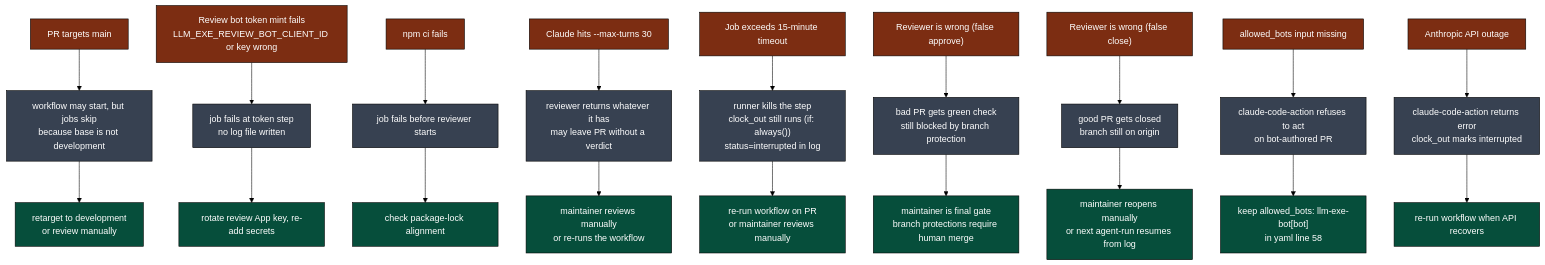
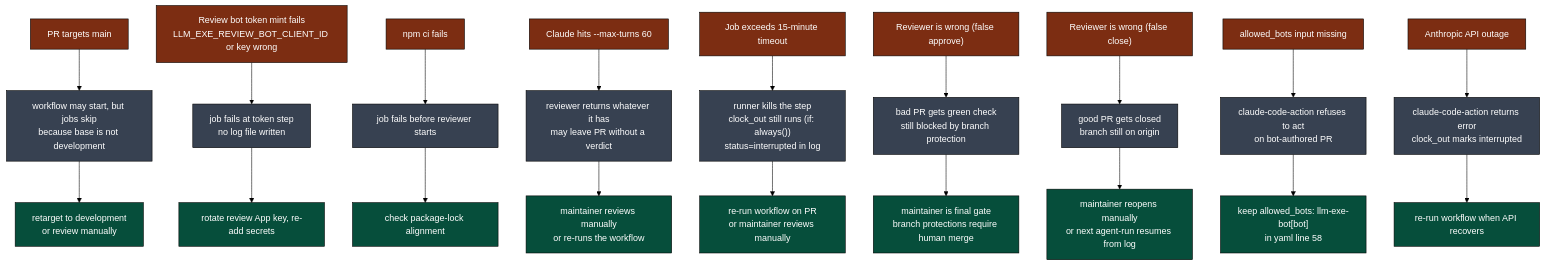
One commit to llm-exe/llm-exe changed diagram 11 of 12 in .github/docs/AGENT_REVIEW_PR_DEEP_DIVE.md. Above: the diagram before and after it, drawn with Mermaid (forest theme). The commit also changed other lines of this file and 3 other files, not shown here.

````diff
--- a/.github/docs/AGENT_REVIEW_PR_DEEP_DIVE.md
+++ b/.github/docs/AGENT_REVIEW_PR_DEEP_DIVE.md
@@ -535,50 +535,50 @@
 ```mermaid
 flowchart TB
     classDef fail fill:#7c2d12,color:#fff,stroke:#000
     classDef effect fill:#374151,color:#fff,stroke:#000
     classDef fix fill:#064e3b,color:#fff,stroke:#000
 
     F1["PR targets main"]:::fail
     F1 --> F1E["workflow may start, but jobs skip\nbecause base is not development"]:::effect
     F1E --> F1X["retarget to development\nor review manually"]:::fix
 
     F2["Review bot token mint fails\nLLM_EXE_REVIEW_BOT_CLIENT_ID or key wrong"]:::fail
     F2 --> F2E["job fails at token step\nno log file written"]:::effect
     F2X["rotate review App key, re-add secrets"]:::fix
     F2E --> F2X
 
     F3["npm ci fails"]:::fail
     F3 --> F3E["job fails before reviewer starts"]:::effect
     F3X["check package-lock alignment"]:::fix
     F3E --> F3X
 
-    F4["Claude hits --max-turns 30"]:::fail
+    F4["Claude hits --max-turns 60"]:::fail
     F4 --> F4E["reviewer returns whatever it has\nmay leave PR without a verdict"]:::effect
     F4X["maintainer reviews manually\nor re-runs the workflow"]:::fix
     F4E --> F4X
 
     F5["Job exceeds 15-minute timeout"]:::fail
     F5 --> F5E["runner kills the step\nclock_out still runs (if: always())\nstatus=interrupted in log"]:::effect
     F5X["re-run workflow on PR\nor maintainer reviews manually"]:::fix
     F5E --> F5X
 
     F6["Reviewer is wrong (false approve)"]:::fail
     F6 --> F6E["bad PR gets green check\nstill blocked by branch protection"]:::effect
     F6X["maintainer is final gate\nbranch protections require human merge"]:::fix
     F6E --> F6X
 
     F7["Reviewer is wrong (false close)"]:::fail
     F7 --> F7E["good PR gets closed\nbranch still on origin"]:::effect
     F7X["maintainer reopens manually\nor next agent-run resumes from log"]:::fix
     F7E --> F7X
 
     F8["allowed_bots input missing"]:::fail
     F8 --> F8E["claude-code-action refuses to act\non bot-authored PR"]:::effect
     F8X["keep allowed_bots: llm-exe-bot[bot]\nin yaml line 58"]:::fix
     F8E --> F8X
 
     F9["Anthropic API outage"]:::fail
     F9 --> F9E["claude-code-action returns error\nclock_out marks interrupted"]:::effect
     F9X["re-run workflow when API recovers"]:::fix
     F9E --> F9X
 ```
````
